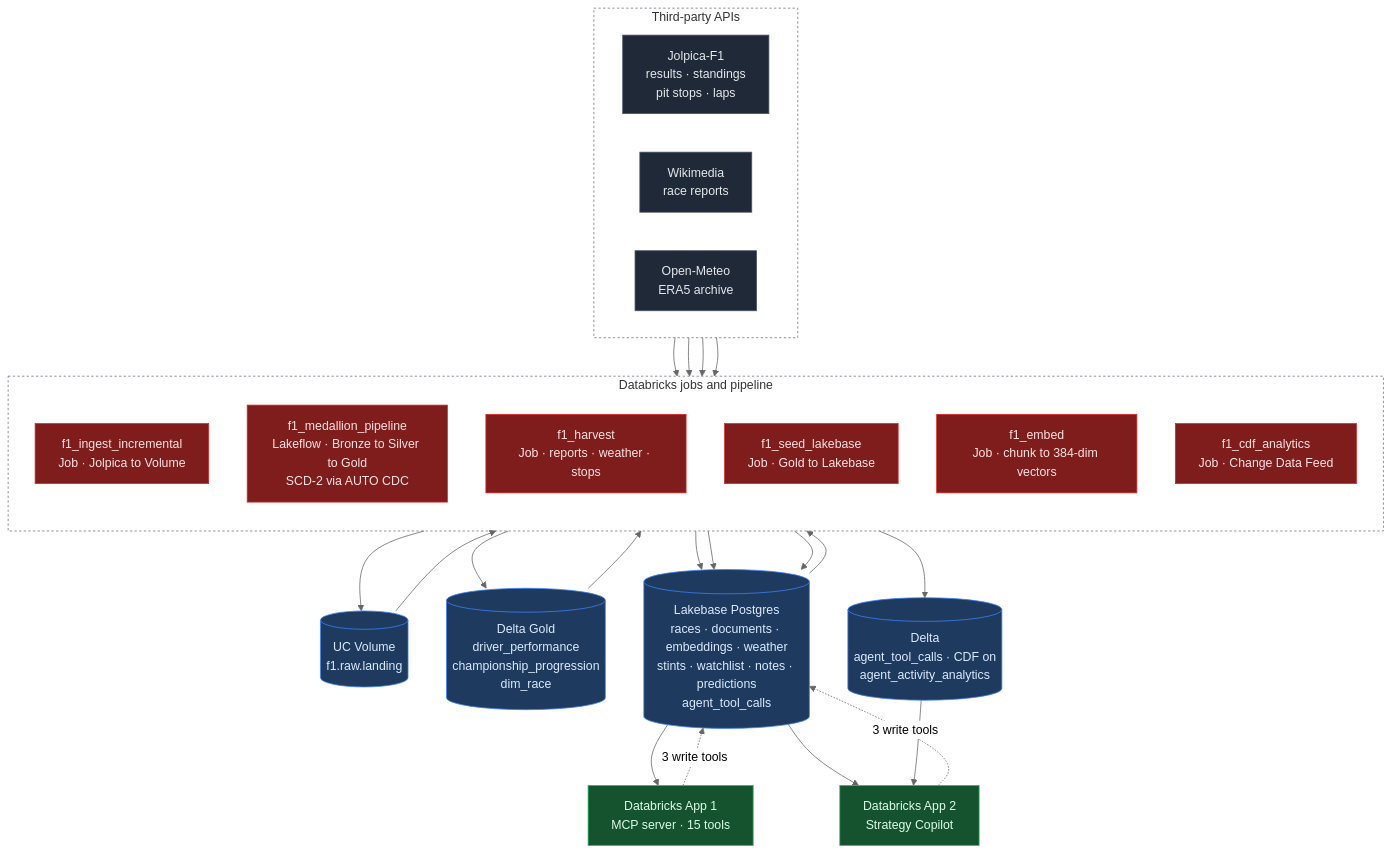
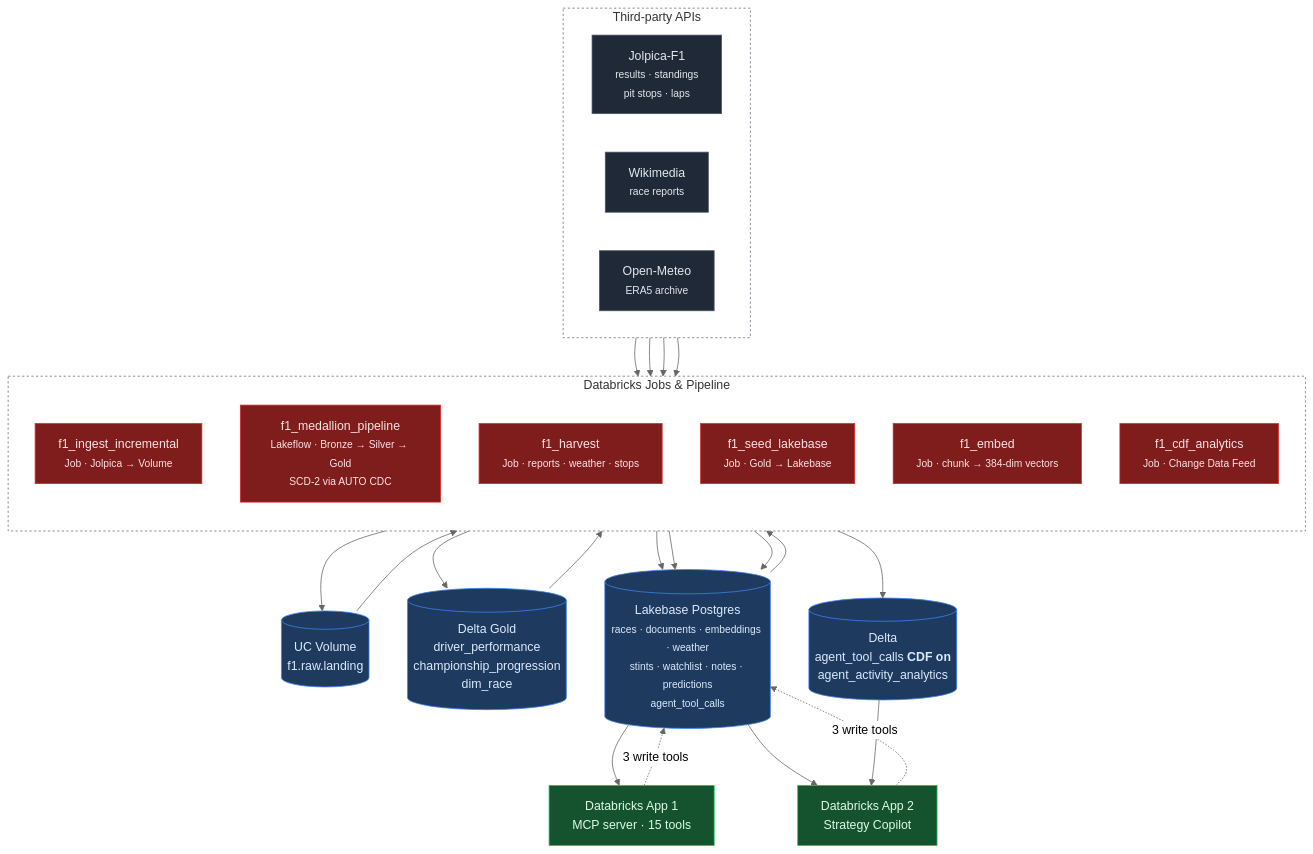
The diagram in README.md (abhibastia/f1-strategy-copilot), drawn with Mermaid (neutral theme) before and after one commit. The commit also changed 1 other file, not shown here.

Commit message:
Restore the diagram label styling, keep the subgraph fix
The <small> and <b> tags were doing real work - they gave each node a
title-and-detail hierarchy that a single text size does not. I removed
them on the theory that GitHub renders with htmlLabels disabled, which I
inferred from a local simulation rather than checking GitHub itself. It
renders them fine.

The subgraph change stays: mermaid's default container fill is a fixed
pale yellow that fights the node colours and looks wrong against whichever
theme the reader has. Transparent with a dashed border adapts to both.

````diff
--- a/README.md
+++ b/README.md
@@ -70,53 +70,53 @@
 ```mermaid
 flowchart TD
-    subgraph SRC["Third-party APIs"]
+    subgraph SRC[" Third-party APIs "]
         direction LR
-        J["Jolpica-F1<br/>results · standings<br/>pit stops · laps"]
-        W["Wikimedia<br/>race reports"]
-        O["Open-Meteo<br/>ERA5 archive"]
+        J["Jolpica-F1<br/><small>results · standings<br/>pit stops · laps</small>"]
+        W["Wikimedia<br/><small>race reports</small>"]
+        O["Open-Meteo<br/><small>ERA5 archive</small>"]
     end
 
-    subgraph DBX["Databricks jobs and pipeline"]
+    subgraph DBX[" Databricks Jobs &amp; Pipeline "]
         direction TB
-        ING["f1_ingest_incremental<br/>Job · Jolpica to Volume"]
-        MED["f1_medallion_pipeline<br/>Lakeflow · Bronze to Silver to Gold<br/>SCD-2 via AUTO CDC"]
-        HAR["f1_harvest<br/>Job · reports · weather · stops"]
-        SEED["f1_seed_lakebase<br/>Job · Gold to Lakebase"]
-        EMB["f1_embed<br/>Job · chunk to 384-dim vectors"]
-        CDF["f1_cdf_analytics<br/>Job · Change Data Feed"]
+        ING["f1_ingest_incremental<br/><small>Job · Jolpica → Volume</small>"]
+        MED["f1_medallion_pipeline<br/><small>Lakeflow · Bronze → Silver → Gold<br/>SCD-2 via AUTO CDC</small>"]
+        HAR["f1_harvest<br/><small>Job · reports · weather · stops</small>"]
+        SEED["f1_seed_lakebase<br/><small>Job · Gold → Lakebase</small>"]
+        EMB["f1_embed<br/><small>Job · chunk → 384-dim vectors</small>"]
+        CDF["f1_cdf_analytics<br/><small>Job · Change Data Feed</small>"]
     end
 
     J --> ING --> VOL[("UC Volume<br/>f1.raw.landing")] --> MED
     MED --> GOLD[("Delta Gold<br/>driver_performance<br/>championship_progression<br/>dim_race")]
 
     W --> HAR
     O --> HAR
     J --> HAR
     GOLD --> SEED
 
     HAR --> LB
     SEED --> LB
     EMB --> LB
 
-    LB[("Lakebase Postgres<br/>races · documents · embeddings · weather<br/>stints · watchlist · notes · predictions<br/>agent_tool_calls")]
+    LB[("Lakebase Postgres<br/><small>races · documents · embeddings · weather<br/>stints · watchlist · notes · predictions<br/>agent_tool_calls</small>")]
 
     LB --> MCP["Databricks App 1<br/>MCP server · 15 tools"]
     LB --> UI["Databricks App 2<br/>Strategy Copilot"]
     UI -. "3 write tools" .-> LB
     MCP -. "3 write tools" .-> LB
 
-    LB --> CDF --> DELTA[("Delta<br/>agent_tool_calls · CDF on<br/>agent_activity_analytics")]
+    LB --> CDF --> DELTA[("Delta<br/>agent_tool_calls <b>CDF on</b><br/>agent_activity_analytics")]
     DELTA --> UI
 
     style SRC fill:transparent,stroke:#6b7280,stroke-dasharray:3 3
     style DBX fill:transparent,stroke:#6b7280,stroke-dasharray:3 3
 
     classDef api fill:#1f2937,stroke:#4b5563,color:#e5e7eb
     classDef job fill:#7f1d1d,stroke:#dc2626,color:#fee2e2
     classDef store fill:#1e3a5f,stroke:#3b82f6,color:#dbeafe
     classDef app fill:#14532d,stroke:#22c55e,color:#dcfce7
     class J,W,O api
     class ING,MED,HAR,SEED,EMB,CDF job
     class VOL,GOLD,LB,DELTA store
     class MCP,UI app
 ```
````
